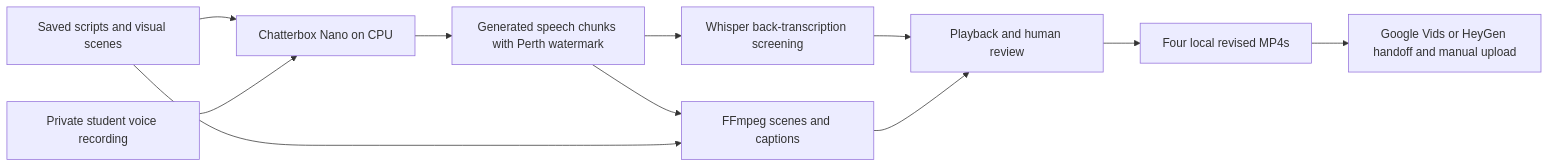
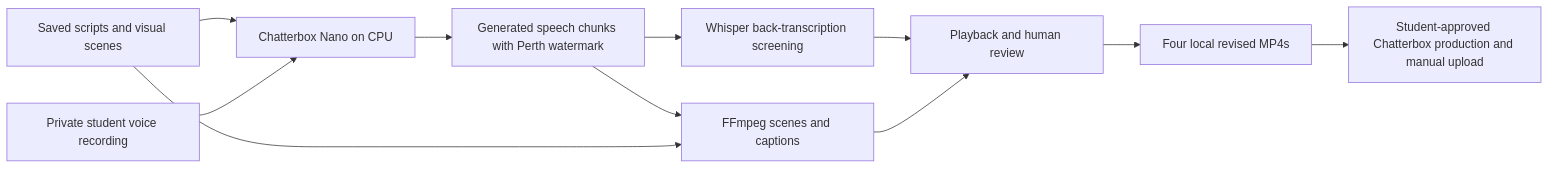
Before and after one commit to harrrisw/ps04: the second of 2 diagrams in docs/IMPLEMENTATION.md, drawn with Mermaid. The commit also changed other lines of this file and 118 other files, not shown here.

````diff
--- a/docs/IMPLEMENTATION.md
+++ b/docs/IMPLEMENTATION.md
@@ -65,13 +65,13 @@
 ```mermaid
 flowchart LR
     S[Saved scripts and visual scenes] --> C[Chatterbox Nano on CPU]
     V[Private student voice recording] --> C
     C --> A[Generated speech chunks with Perth watermark]
     A --> Q[Whisper back-transcription screening]
     A --> F[FFmpeg scenes and captions]
     S --> F
     Q --> H[Playback and human review]
     F --> H
     H --> L[Four local revised MP4s]
-    L --> P[Google Vids or HeyGen handoff and manual upload]
+    L --> P[Student-approved Chatterbox production and manual upload]
 ```
````
